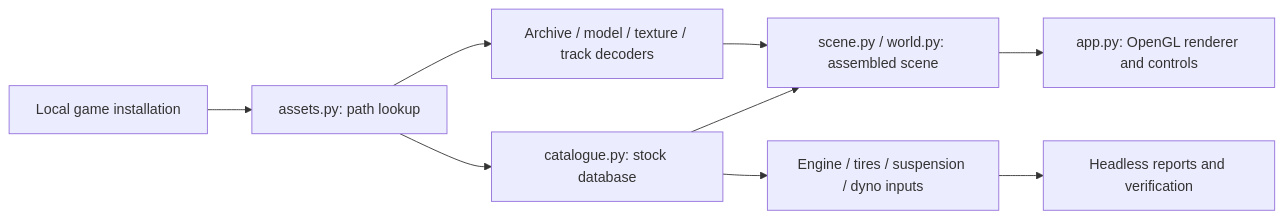
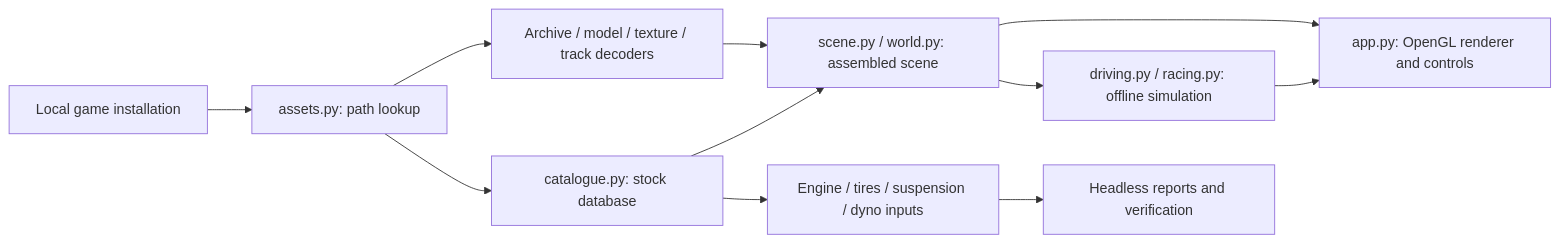
One commit to Dadud/motor-city-reconstruction changed the diagram in docs/architecture.md. Above: the diagram before and after it, drawn with Mermaid. The commit also changed other lines of this file and 3 other files, not shown here.

Commit message:
Retain session best times and clarify driving architecture

````diff
--- a/docs/architecture.md
+++ b/docs/architecture.md
@@ -5,11 +5,13 @@
 ```mermaid
 flowchart LR
     Files[Local game installation] --> Assets[assets.py: path lookup]
     Assets --> Decode[Archive / model / texture / track decoders]
     Assets --> Catalogue[catalogue.py: stock database]
     Decode --> Scene[scene.py / world.py: assembled scene]
     Catalogue --> Scene
     Catalogue --> Physics[Engine / tires / suspension / dyno inputs]
     Scene --> App[app.py: OpenGL renderer and controls]
+    Scene --> Drive[driving.py / racing.py: offline simulation]
+    Drive --> App
     Physics --> Reports[Headless reports and verification]
 ```
````
